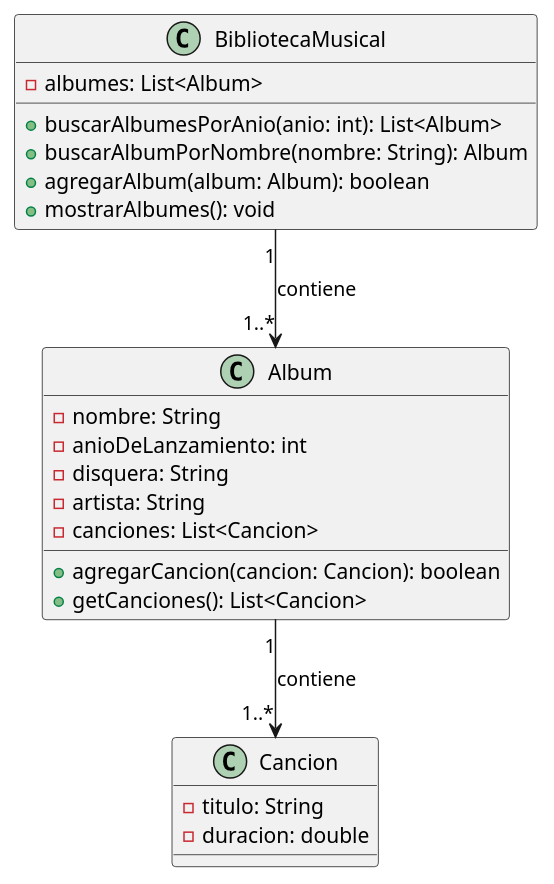
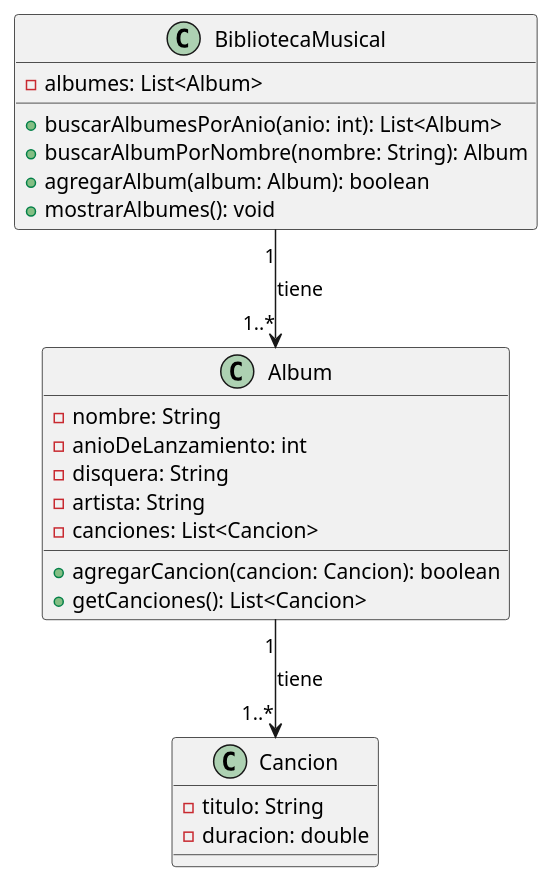
Before and after one commit to Cantx08/RegistroMusical: the diagram in src/BibliotecaMusical.puml, drawn with PlantUML.

Commit message:
Diagrama UML

```diff
--- a/src/BibliotecaMusical.puml
+++ b/src/BibliotecaMusical.puml
@@ -1,29 +1,29 @@
 @startuml
 
 class Album {
   -nombre: String
   -anioDeLanzamiento: int
   -disquera: String
   -artista: String
   -canciones: List<Cancion>
   +agregarCancion(cancion: Cancion): boolean
   +getCanciones(): List<Cancion>
 }
 
 class Cancion {
   -titulo: String
   -duracion: double
 }
 
 class BibliotecaMusical {
   -albumes: List<Album>
   +buscarAlbumesPorAnio(anio: int): List<Album>
   +buscarAlbumPorNombre(nombre: String): Album
   +agregarAlbum(album: Album): boolean
   +mostrarAlbumes(): void
 }
 
-Album "1" --> "1..*" Cancion : contiene
-BibliotecaMusical "1" --> "1..*" Album : contiene
+Album "1" --> "1..*" Cancion : tiene
+BibliotecaMusical "1" --> "1..*" Album : tiene
 
 @enduml
```
